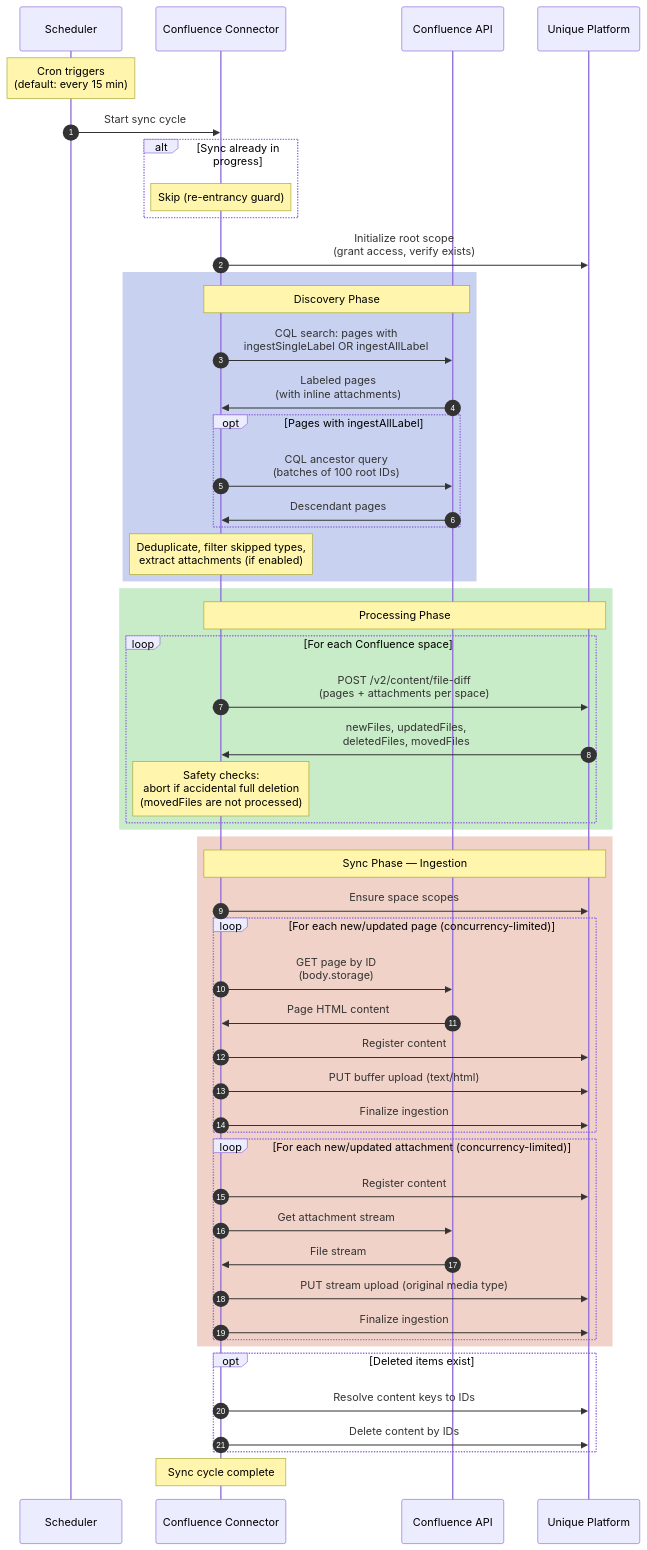
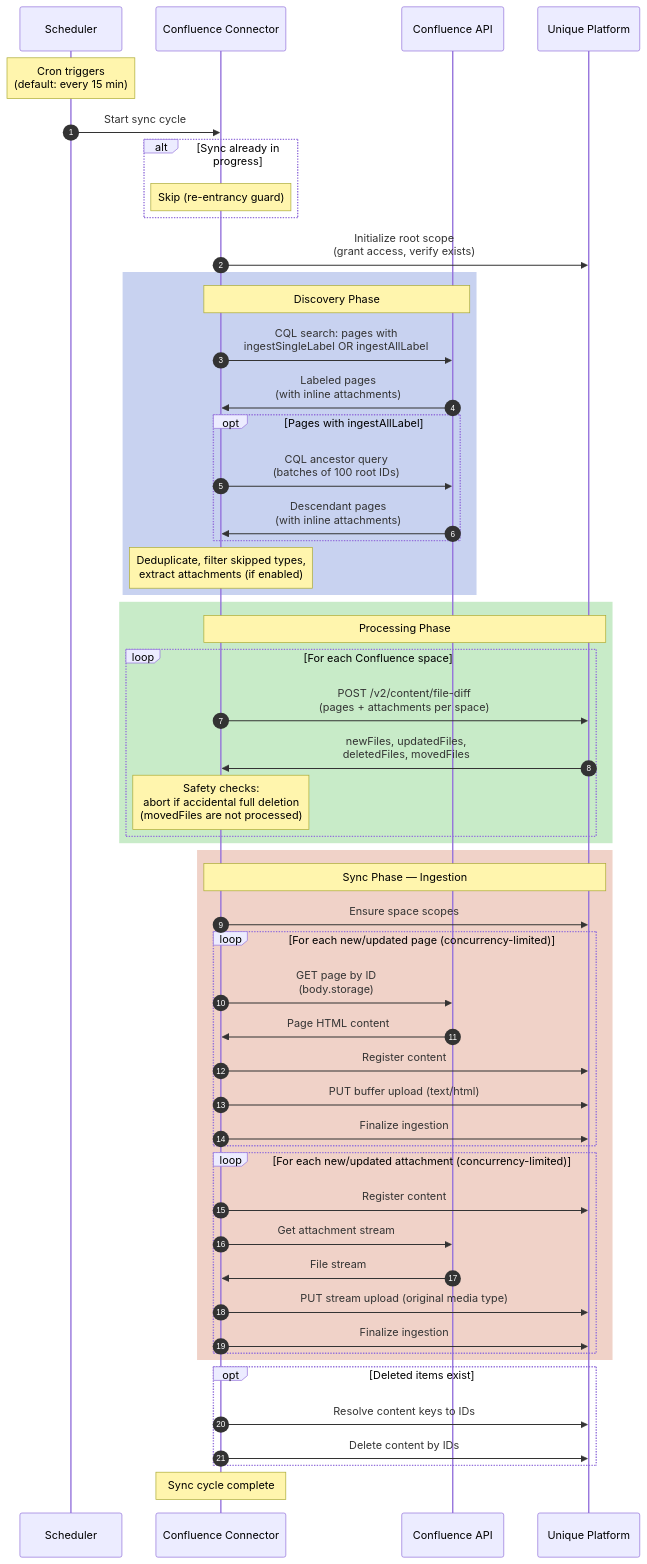
One commit to Unique-AG/connectors changed the second of 4 diagrams in services/confluence-connector/docs/technical/flows.md. Above: the diagram before and after it, drawn with Mermaid. The commit also changed other lines of this file and 2 other files, not shown here.

````diff
--- a/services/confluence-connector/docs/technical/flows.md
+++ b/services/confluence-connector/docs/technical/flows.md
@@ -62,67 +62,67 @@
 ```mermaid
 sequenceDiagram
     autonumber
     participant Scheduler
     participant Connector as Confluence Connector
     participant Confluence as Confluence API
     participant Unique as Unique Platform
 
     Note over Scheduler: Cron triggers<br/>(default: every 15 min)
     Scheduler->>Connector: Start sync cycle
 
     alt Sync already in progress
         Note over Connector: Skip (re-entrancy guard)
     end
 
     Connector->>Unique: Initialize root scope<br/>(grant access, verify exists)
 
     rect rgb(200, 210, 240)
         Note over Connector,Confluence: Discovery Phase
         Connector->>Confluence: CQL search: pages with<br/>ingestSingleLabel OR ingestAllLabel
         Confluence->>Connector: Labeled pages<br/>(with inline attachments)
 
         opt Pages with ingestAllLabel
             Connector->>Confluence: CQL ancestor query<br/>(batches of 100 root IDs)
-            Confluence->>Connector: Descendant pages
+            Confluence->>Connector: Descendant pages<br/>(with inline attachments)
         end
 
         Note over Connector: Deduplicate, filter skipped types,<br/>extract attachments (if enabled)
     end
 
     rect rgb(200, 235, 200)
         Note over Connector,Unique: Processing Phase
         loop For each Confluence space
             Connector->>Unique: POST /v2/content/file-diff<br/>(pages + attachments per space)
             Unique->>Connector: newFiles, updatedFiles,<br/>deletedFiles, movedFiles
             Note over Connector: Safety checks:<br/>abort if accidental full deletion<br/>(movedFiles are not processed)
         end
     end
 
     rect rgb(240, 210, 200)
         Note over Connector,Unique: Sync Phase — Ingestion
         Connector->>Unique: Ensure space scopes
 
         loop For each new/updated page (concurrency-limited)
             Connector->>Confluence: GET page by ID<br/>(body.storage)
             Confluence->>Connector: Page HTML content
             Connector->>Unique: Register content
             Connector->>Unique: PUT buffer upload (text/html)
             Connector->>Unique: Finalize ingestion
         end
 
         loop For each new/updated attachment (concurrency-limited)
             Connector->>Unique: Register content
             Connector->>Confluence: Get attachment stream
             Confluence->>Connector: File stream
             Connector->>Unique: PUT stream upload (original media type)
             Connector->>Unique: Finalize ingestion
         end
     end
 
     opt Deleted items exist
         Connector->>Unique: Resolve content keys to IDs
         Connector->>Unique: Delete content by IDs
     end
 
     Note over Connector: Sync cycle complete
 ```
````
